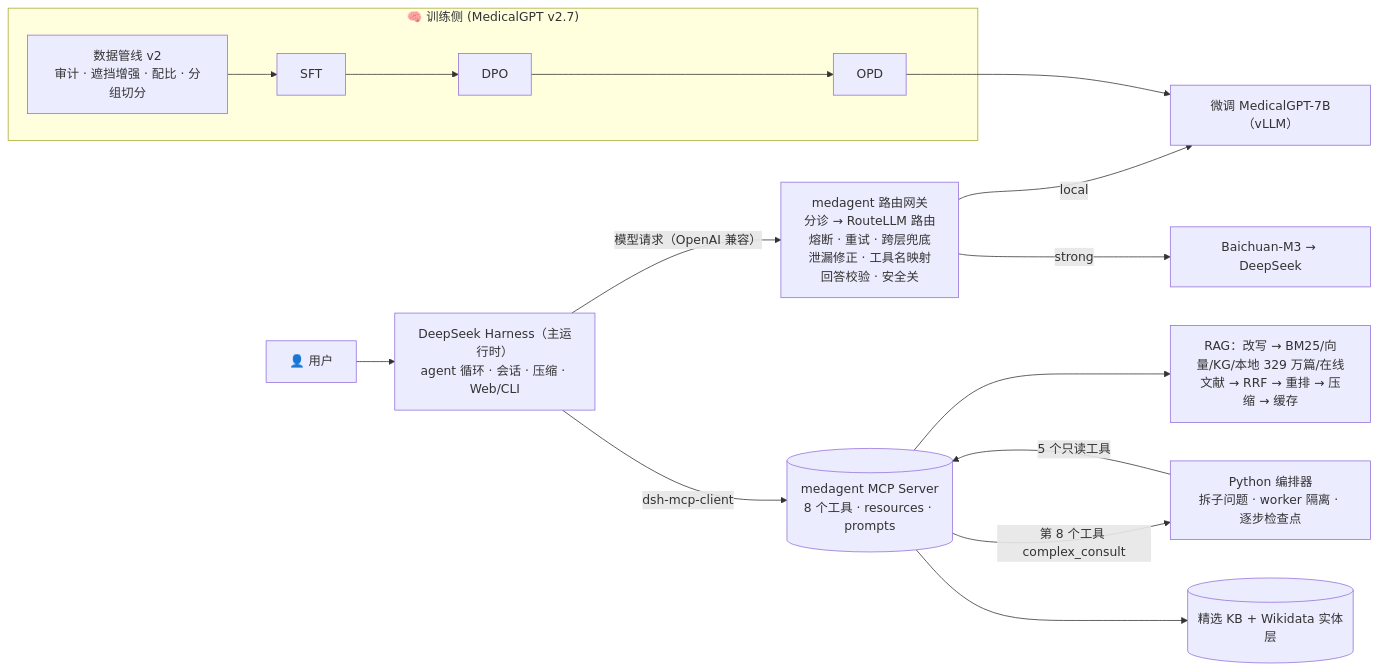
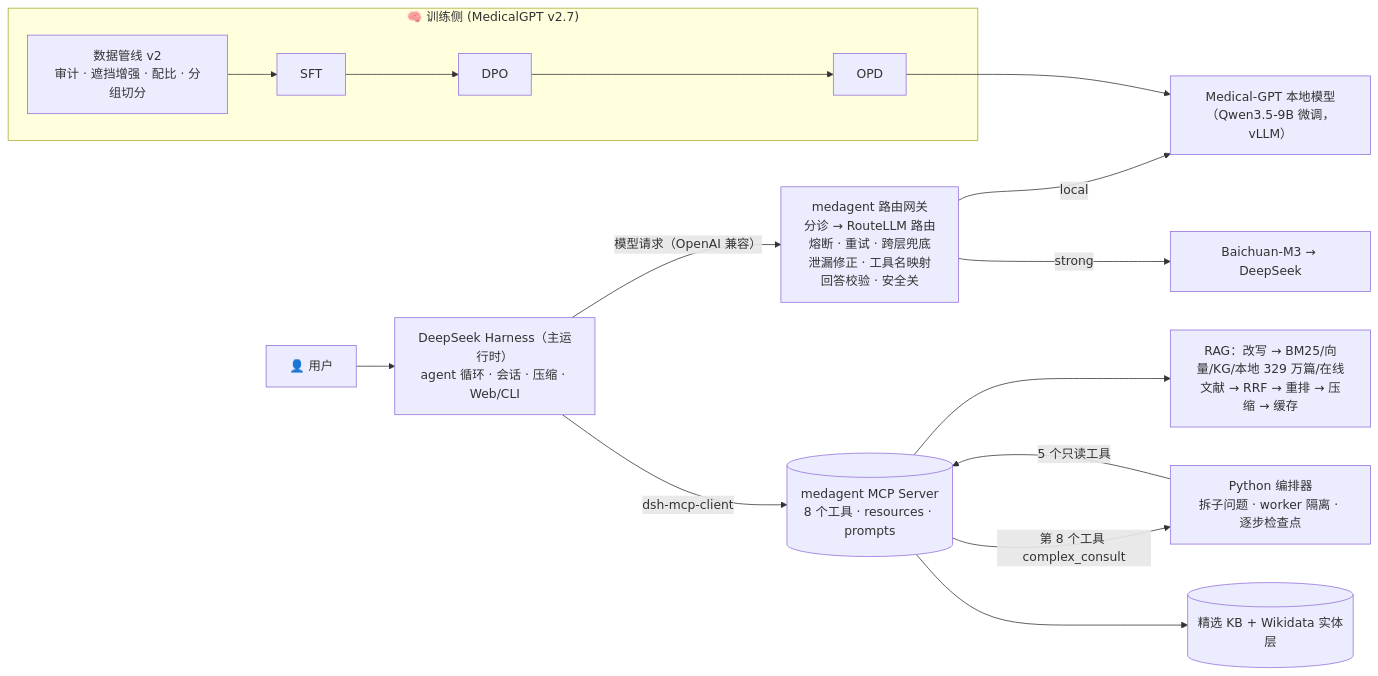
Before and after one commit to Gaogxx/MedicalGPT_agent: the diagram in README.md, drawn with Mermaid. The commit also changed other lines of this file and 23 other files, not shown here.

First line of the commit message:
判别模型 Laya v3 默认接入；Medical-GPT 统一指本地模型；README 标题与迭代时间线精简

````diff
--- a/README.md
+++ b/README.md
@@ -42,16 +42,16 @@
 ```mermaid
 flowchart LR
     subgraph Training["🧠 训练侧 (MedicalGPT v2.7)"]
         DP["数据管线 v2<br/>审计 · 遮挡增强 · 配比 · 分组切分"] --> SFT["SFT"] --> DPO["DPO"] --> OPD["OPD"]
     end
     U["👤 用户"] --> DSH["DeepSeek Harness（主运行时）<br/>agent 循环 · 会话 · 压缩 · Web/CLI"]
     DSH -- "模型请求（OpenAI 兼容）" --> GW["medagent 路由网关<br/>分诊 → RouteLLM 路由<br/>熔断 · 重试 · 跨层兜底<br/>泄漏修正 · 工具名映射<br/>回答校验 · 安全关"]
-    GW -- local --> L["微调 MedicalGPT-7B（vLLM）"]
+    GW -- local --> L["Medical-GPT 本地模型（Qwen3.5-9B 微调，vLLM）"]
     GW -- strong --> S["Baichuan-M3 → DeepSeek"]
     OPD --> L
     DSH -- "dsh-mcp-client" --> MCP[("medagent MCP Server<br/>8 个工具 · resources · prompts")]
     MCP -- "第 8 个工具 complex_consult" --> CS["Python 编排器<br/>拆子问题 · worker 隔离 · 逐步检查点"]
     CS -- "5 个只读工具" --> MCP
     MCP --> RAG["RAG：改写 → BM25/向量/KG/本地 329 万篇/在线文献 → RRF → 重排 → 压缩 → 缓存"]
     MCP --> KB[("精选 KB + Wikidata 实体层")]
 ```
````
